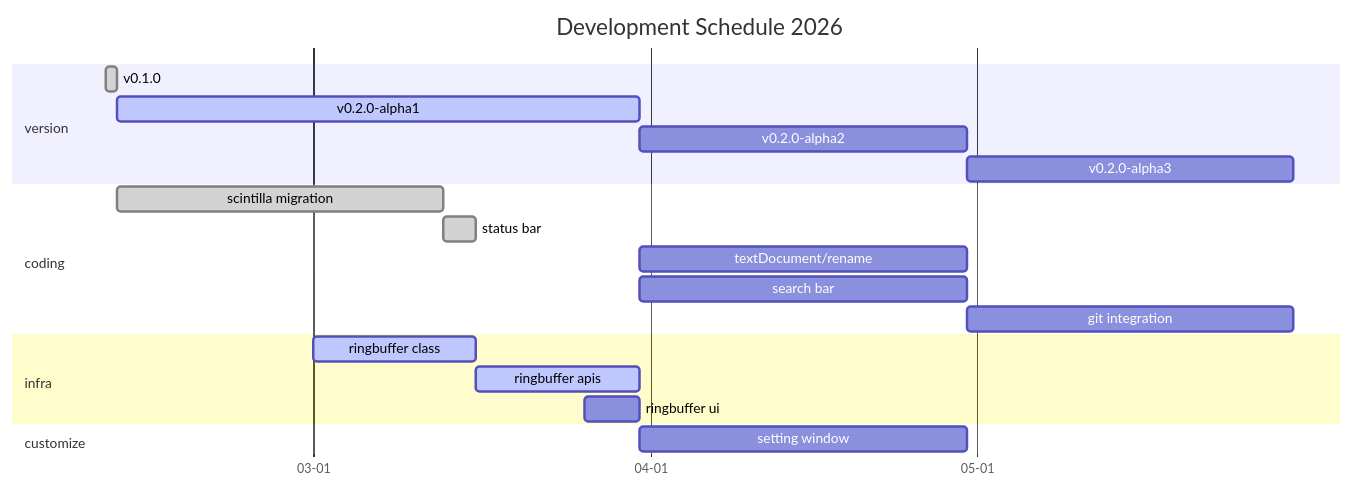
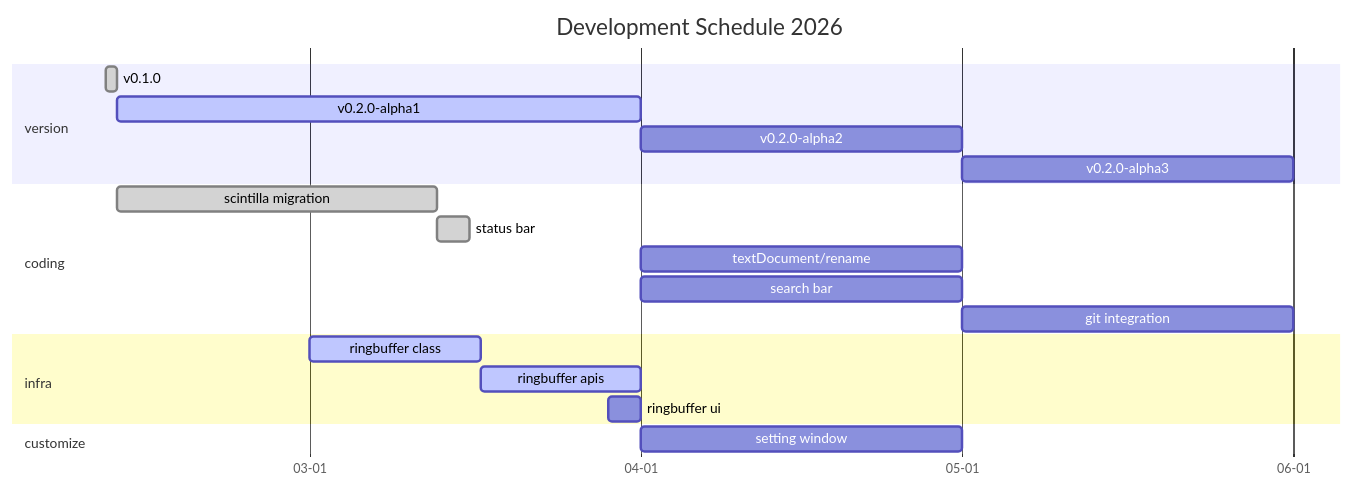
One commit to zyt20001205/UniComm2 changed the second of 3 diagrams in readme.md. Above: the diagram before and after it, drawn with Mermaid.

Commit message:
md update

````diff
--- a/readme.md
+++ b/readme.md
@@ -79,28 +79,28 @@
 ```mermaid
 gantt
     title Development Schedule 2026
     dateFormat MM-DD
     axisFormat %m-%d
     tickInterval 1month
 
     section version
         v0.1.0: done, 02-10, 1d
-        v0.2.0-alpha1: active, 02-11, 48d
-        v0.2.0-alpha2: 03-31, 30d
-        v0.2.0-alpha3: 04-30, 30d
+        v0.2.0-alpha1: active, 02-11, 49d
+        v0.2.0-alpha2: 04-01, 30d
+        v0.2.0-alpha3: 05-01, 31d
 
     section coding
         scintilla migration: done, 02-11, 30d
         status bar: done, 03-13, 3d
-        textDocument/rename: 03-31, 30d
-        search bar: 03-31, 30d
-        git integration: 04-30, 30d
+        textDocument/rename: 04-01, 30d
+        search bar: 04-01, 30d
+        git integration: 05-01, 31d
 
     section infra
-        ringbuffer class: active, 03-01, 15d
-        ringbuffer apis: active, 03-16, 15d
-        ringbuffer ui: 03-26, 5d
+        ringbuffer class: active, 03-01, 16d
+        ringbuffer apis: active, 03-17, 15d
+        ringbuffer ui: 03-29, 3d
 
     section customize
-        setting window: 03-31, 30d
+        setting window: 04-01, 30d
 ```
````
